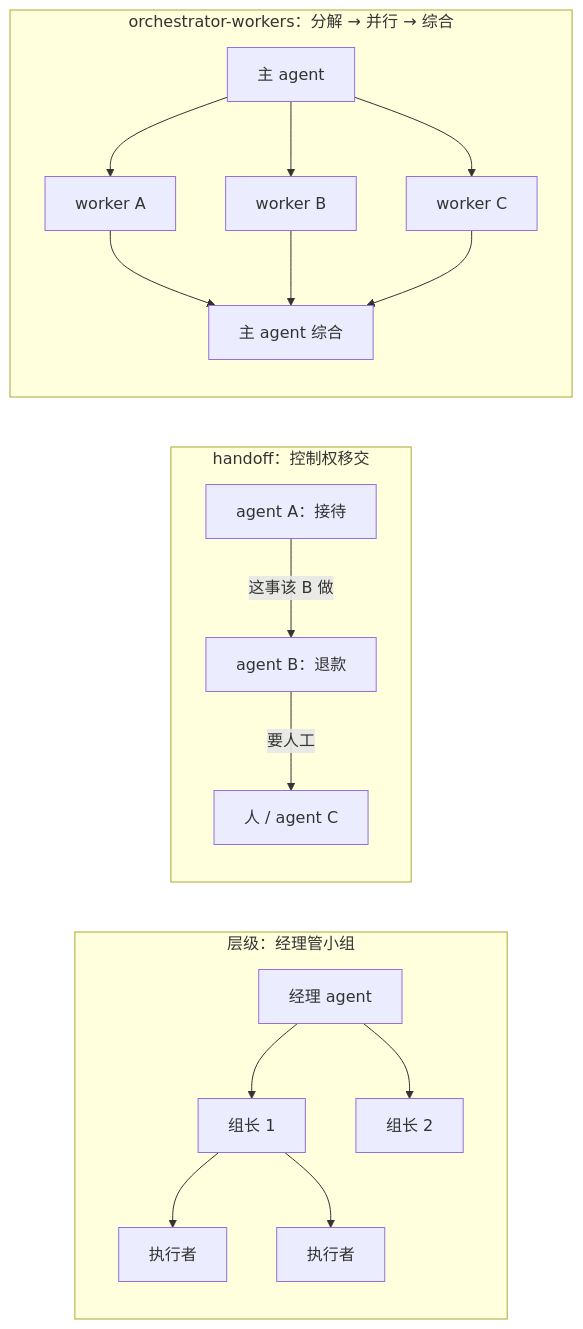
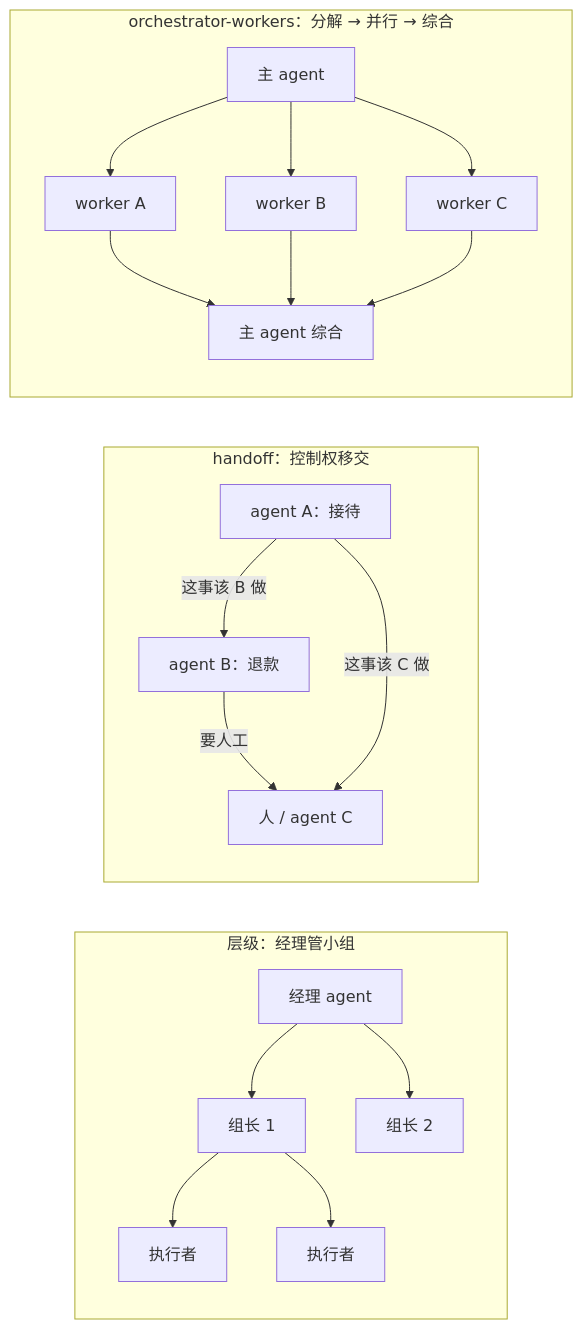
The first of 4 diagrams in _posts/2026-10-27-multi-agent-orchestration-handoff-and-a2a.md (arganzheng/arganzheng.github.com), drawn with Mermaid before and after one commit. The commit also changed other lines of this file and 1 other file, not shown here.

Commit message:
多 agent（07）：两张三种模式图的 handoff 都画成 A→B 或 A→C、B 可再交给 C，与 3.1 一致

````diff
--- a/_posts/2026-10-27-multi-agent-orchestration-handoff-and-a2a.md
+++ b/_posts/2026-10-27-multi-agent-orchestration-handoff-and-a2a.md
@@ -34,21 +34,22 @@
 ```mermaid
 %%{init: {"flowchart": {"wrappingWidth": 140}}}%%
 %% 图：三种多 agent 模式：orchestrator-workers、handoff、层级
 flowchart TB
     subgraph O["orchestrator-workers：分解 → 并行 → 综合"]
         direction TB
         O1["主 agent"] --> W1["worker A"] & W2["worker B"] & W3["worker C"]
         W1 & W2 & W3 --> O2["主 agent 综合"]
     end
     subgraph HD["handoff：控制权移交"]
         direction TB
         A1["agent A：接待"] -- "这事该 B 做" --> B1["agent B：退款"] -- "要人工" --> C1["人 / agent C"]
+        A1 -- "这事该 C 做" --> C1
     end
     subgraph HI["层级：经理管小组"]
         direction TB
         M1["经理 agent"] --> T1["组长 1"] & T2["组长 2"]
         T1 --> E1["执行者"] & E2["执行者"]
     end
     O ~~~ HD ~~~ HI
 
 ```
````
